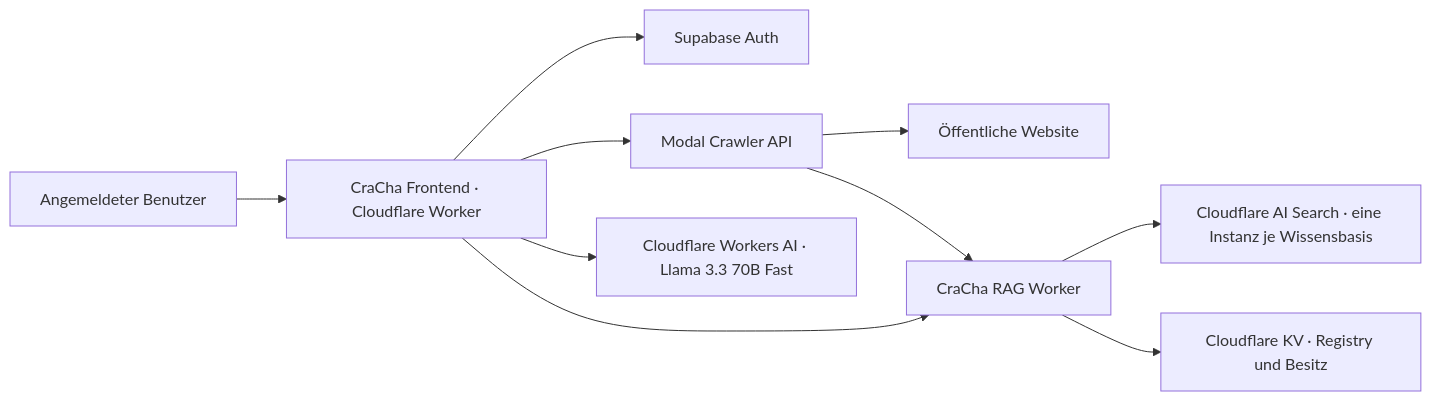
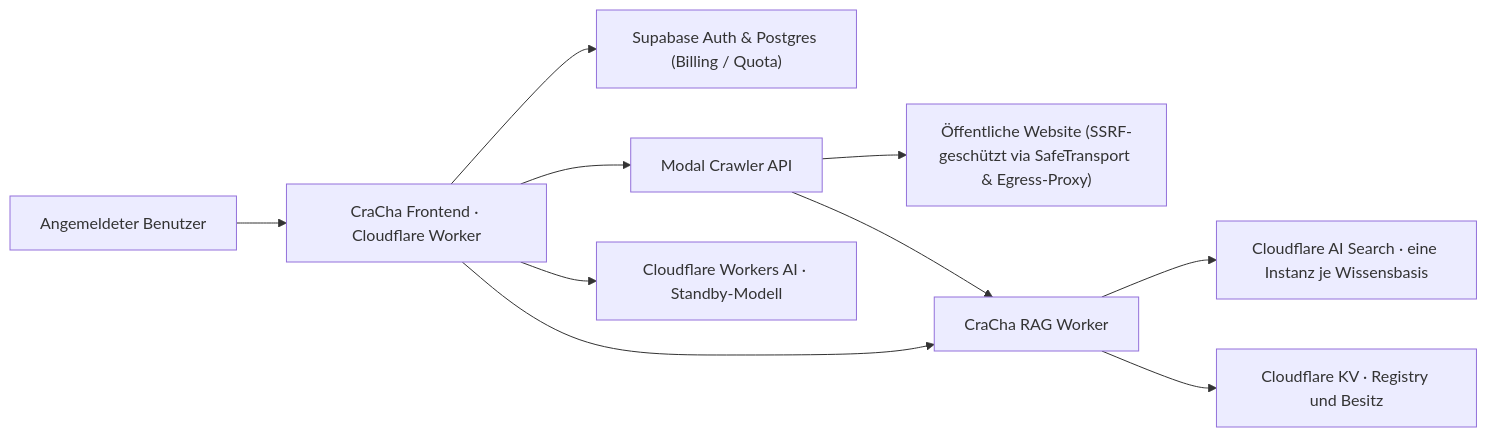
Before and after one commit to NicoDev01/cracha: the diagram in docs/architecture.md, drawn with Mermaid. The commit also changed other lines of this file and 12 other files, not shown here.

````diff
--- a/docs/architecture.md
+++ b/docs/architecture.md
@@ -3,12 +3,12 @@
 ```mermaid
 flowchart LR
     U["Angemeldeter Benutzer"] --> F["CraCha Frontend · Cloudflare Worker"]
-    F --> S["Supabase Auth"]
+    F --> S["Supabase Auth & Postgres (Billing / Quota)"]
     F --> M["Modal Crawler API"]
-    M --> W["Öffentliche Website"]
+    M --> W["Öffentliche Website (SSRF-geschützt via SafeTransport & Egress-Proxy)"]
     M --> R["CraCha RAG Worker"]
     R --> A["Cloudflare AI Search · eine Instanz je Wissensbasis"]
     R --> K["Cloudflare KV · Registry und Besitz"]
-    F --> G["Cloudflare Workers AI · Llama 3.3 70B Fast"]
+    F --> G["Cloudflare Workers AI · Standby-Modell"]
     F --> R
 ```
````
